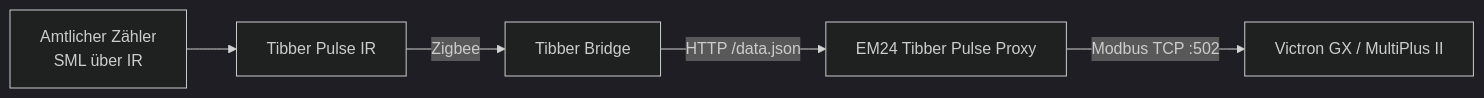
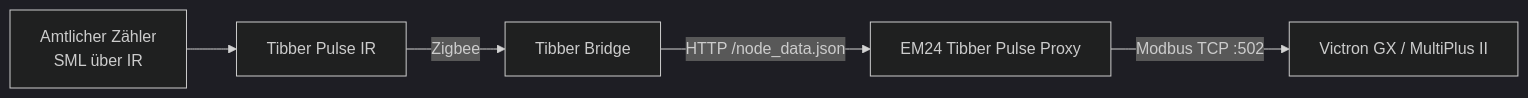
One commit to ixtrader/em24-tibber-pulse-proxy changed the second of 2 diagrams in README.md. Above: the diagram before and after it, drawn with Mermaid (dark theme). The commit also changed other lines of this file and 1 other file, not shown here.

````diff
--- a/README.md
+++ b/README.md
@@ -245,7 +245,7 @@
 ```mermaid
 flowchart LR
     M[Amtlicher Zähler<br/>SML über IR] --> P[Tibber Pulse IR]
     P -->|Zigbee| B[Tibber Bridge]
-    B -->|HTTP /data.json| S[EM24 Tibber Pulse Proxy]
+    B -->|HTTP /node_data.json| S[EM24 Tibber Pulse Proxy]
     S -->|Modbus TCP :502| V[Victron GX / MultiPlus II]
 ```
````
